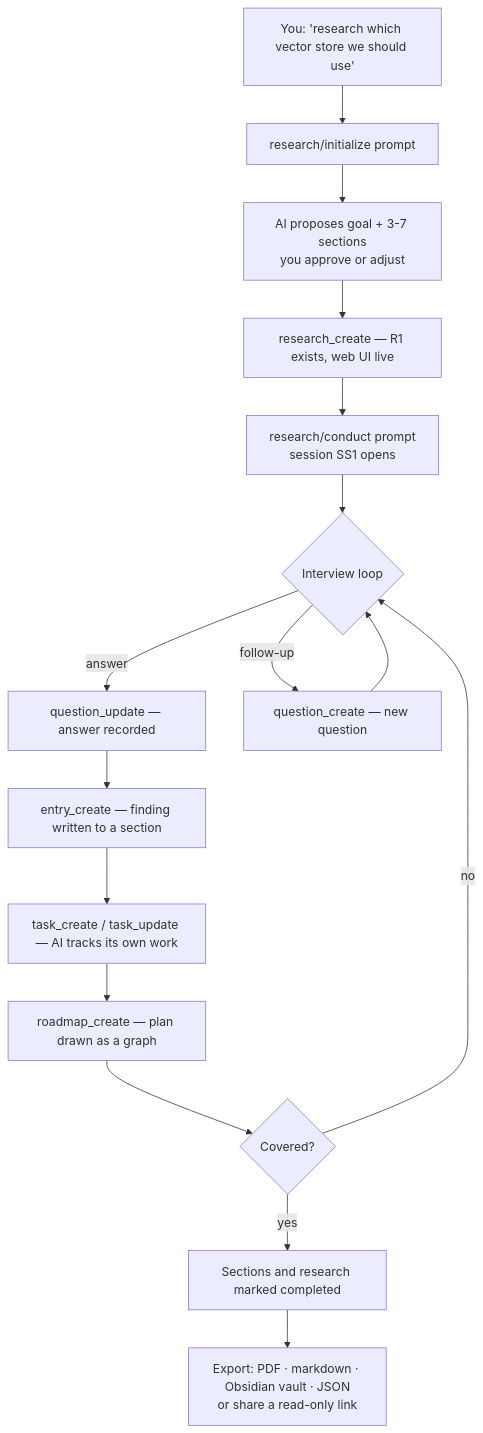
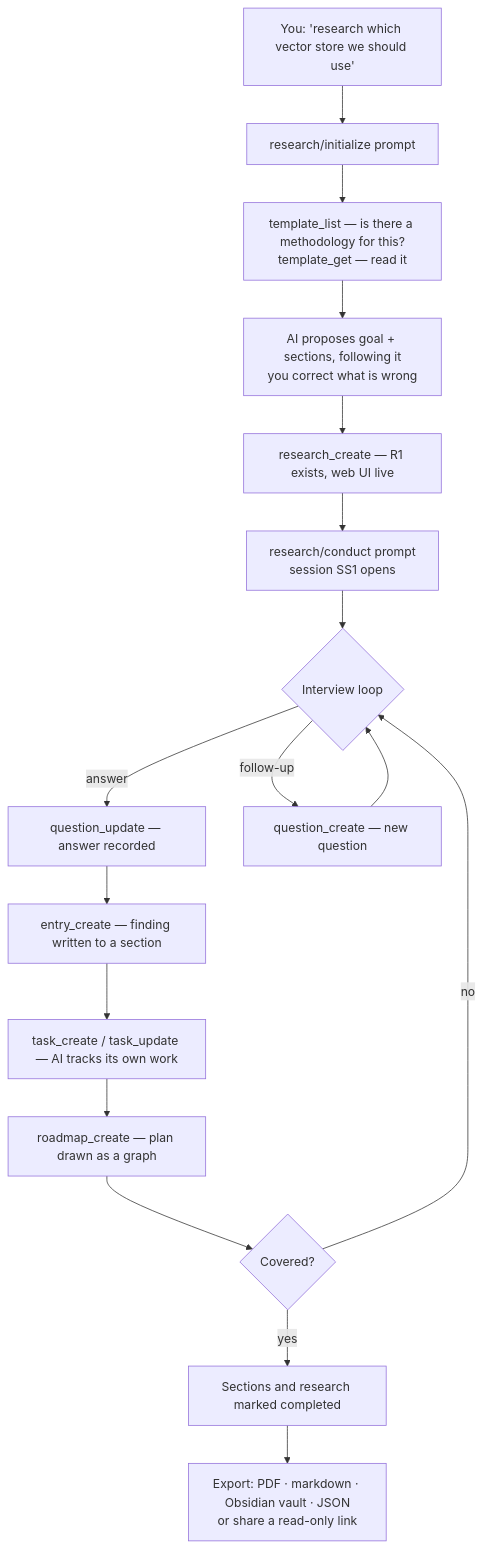
The diagram in README.md (butschster/mcp-research), drawn with Mermaid before and after one commit. The commit also changed other lines of this file and 2 other files, not shown here.

````diff
--- a/README.md
+++ b/README.md
@@ -156,18 +184,19 @@
 ```mermaid
 flowchart TD
     A["You: 'research which vector store we should use'"] --> B["research/initialize prompt"]
-    B --> C["AI proposes goal + 3-7 sections<br/>you approve or adjust"]
+    B --> B2["template_list — is there a methodology for this?<br/>template_get — read it"]
+    B2 --> C["AI proposes goal + sections, following it<br/>you correct what is wrong"]
     C --> D["research_create — R1 exists, web UI live"]
     D --> E["research/conduct prompt<br/>session SS1 opens"]
     E --> F{Interview loop}
     F -->|answer| G["question_update — answer recorded"]
     F -->|follow-up| H["question_create — new question"]
     G --> I["entry_create — finding written to a section"]
     H --> F
     I --> J["task_create / task_update — AI tracks its own work"]
     J --> K["roadmap_create — plan drawn as a graph"]
     K --> L{Covered?}
     L -->|no| F
     L -->|yes| M["Sections and research marked completed"]
     M --> N["Export: PDF · markdown · Obsidian vault · JSON<br/>or share a read-only link"]
 ```
````
